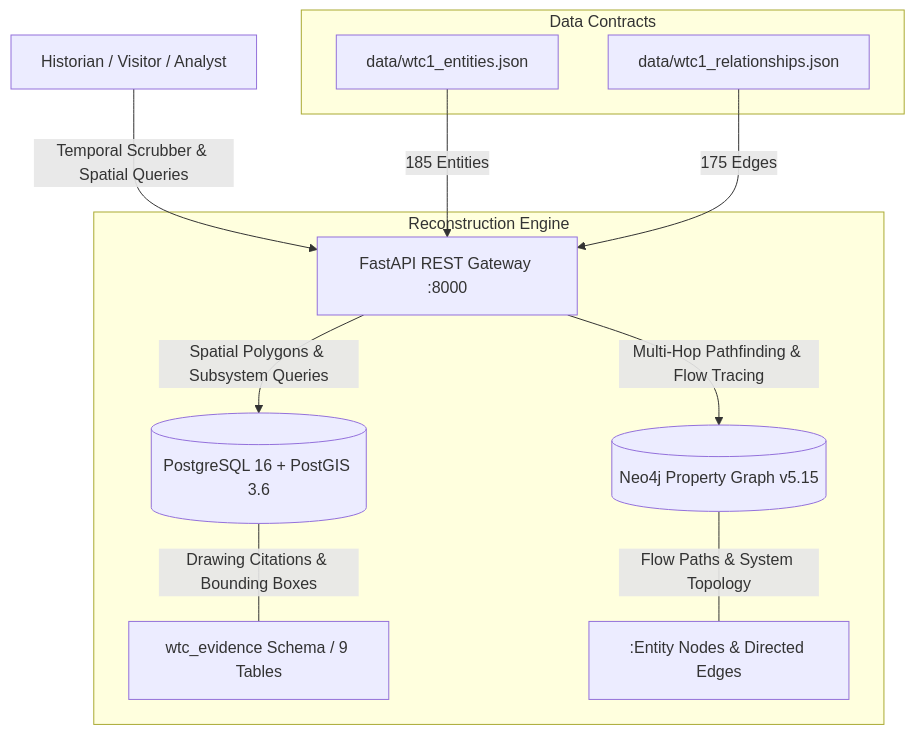
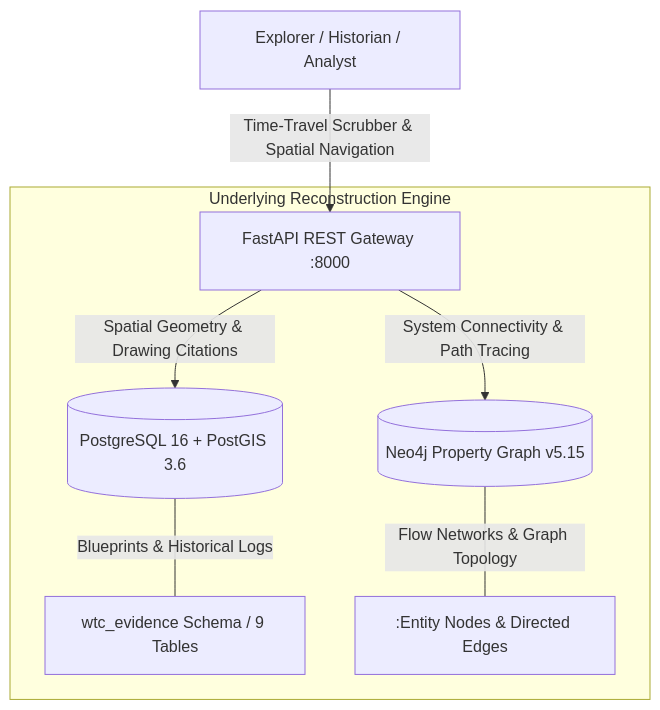
One commit to scaryjerryx/wtc-twin-towers changed the diagram in README.md. Above: the diagram before and after it, drawn with Mermaid. The commit also changed other lines of this file, not shown here.

Commit message:
docs(readme): reframe narrative to prioritize human experiential exploration and time-travel vision (1966-2001)

````diff
--- a/README.md
+++ b/README.md
@@ -134,17 +112,12 @@
 ```mermaid
 graph TD
-    Explorer[Historian / Visitor / Analyst] -->|Temporal Scrubber & Spatial Queries| Gateway[FastAPI REST Gateway :8000]
+    Explorer[Explorer / Historian / Analyst] -->|Time-Travel Scrubber & Spatial Navigation| Gateway[FastAPI REST Gateway :8000]
     
-    subgraph Reconstruction Engine
-        Gateway -->|Spatial Polygons & Subsystem Queries| PG[(PostgreSQL 16 + PostGIS 3.6)]
-        Gateway -->|Multi-Hop Pathfinding & Flow Tracing| NEO[(Neo4j Property Graph v5.15)]
+    subgraph Underlying Reconstruction Engine
+        Gateway -->|Spatial Geometry & Drawing Citations| PG[(PostgreSQL 16 + PostGIS 3.6)]
+        Gateway -->|System Connectivity & Path Tracing| NEO[(Neo4j Property Graph v5.15)]
         
-        PG ---|Drawing Citations & Bounding Boxes| SQL_DATA[wtc_evidence Schema / 9 Tables]
-        NEO ---|Flow Paths & System Topology| GRAPH_DATA[:Entity Nodes & Directed Edges]
-    end
-    
-    subgraph Data Contracts
-        JSON_ENT[data/wtc1_entities.json] -->|185 Entities| Gateway
-        JSON_REL[data/wtc1_relationships.json] -->|175 Edges| Gateway
+        PG ---|Blueprints & Historical Logs| SQL_DATA[wtc_evidence Schema / 9 Tables]
+        NEO ---|Flow Networks & Graph Topology| GRAPH_DATA[:Entity Nodes & Directed Edges]
     end
 ```
````
